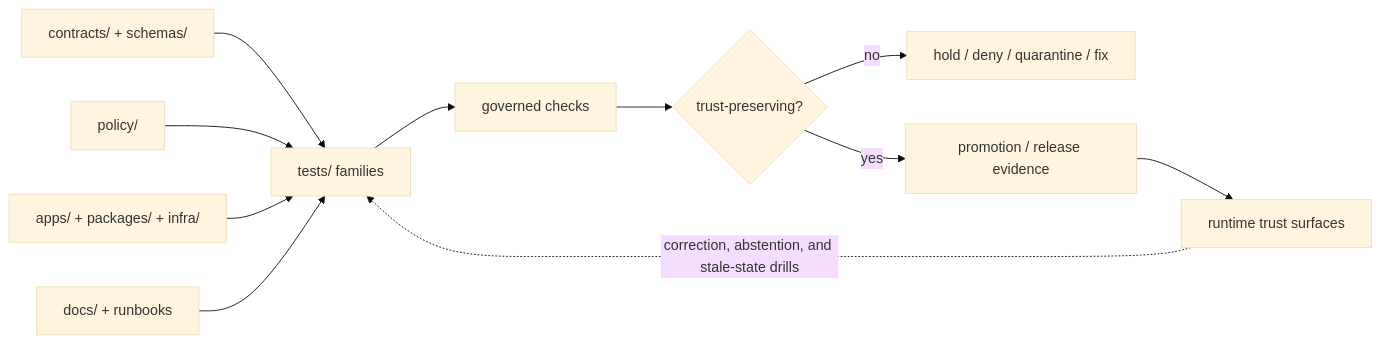
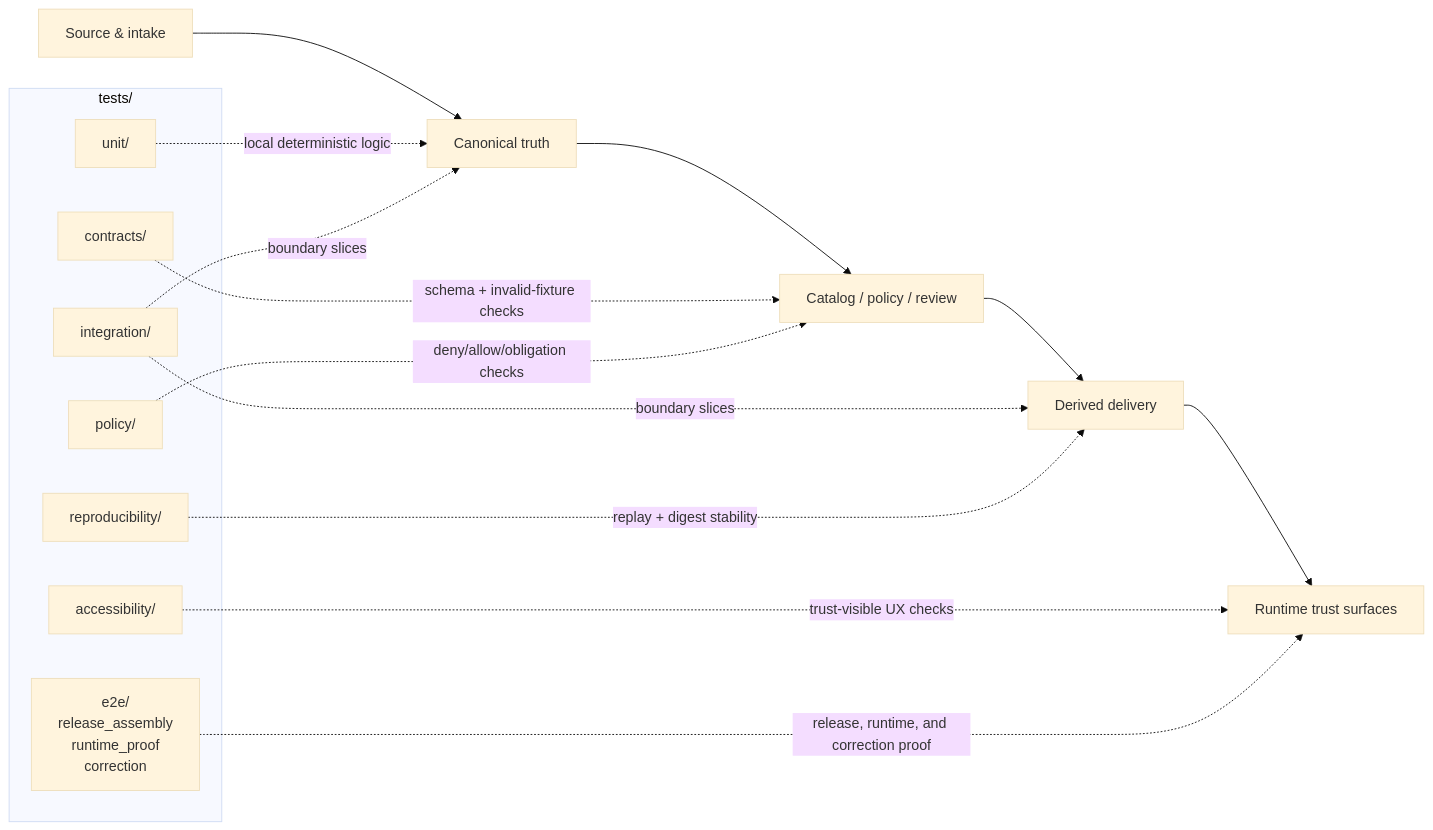
Before and after one commit to bartytime4life/Kansas-Frontier-Matrix: the diagram in tests/README.md, drawn with Mermaid (base theme). The commit also changed other lines of this file, not shown here.

First line of the commit message:
Revise tests README for clarity and updates

````diff
--- a/tests/README.md
+++ b/tests/README.md
@@ -251,16 +230,26 @@
 ```mermaid
 flowchart LR
-    C["contracts/ + schemas/"] --> T["tests/ families"]
-    P["policy/"] --> T
-    R["apps/ + packages/ + infra/"] --> T
-    D["docs/ + runbooks"] --> T
+    A["Source & intake"] --> B["Canonical truth"]
+    B --> C["Catalog / policy / review"]
+    C --> D["Derived delivery"]
+    D --> E["Runtime trust surfaces"]
 
-    T --> G["governed checks"]
-    G --> Q{"trust-preserving?"}
+    subgraph T["tests/"]
+      U["unit/"]
+      I["integration/"]
+      CT["contracts/"]
+      P["policy/"]
+      AX["accessibility/"]
+      R["reproducibility/"]
+      E2["e2e/\nrelease_assembly\nruntime_proof\ncorrection"]
+    end
 
-    Q -->|no| F["hold / deny / quarantine / fix"]
-    Q -->|yes| E["promotion / release evidence"]
-
-    E --> S["runtime trust surfaces"]
-    S -. correction, abstention, and stale-state drills .-> T
+    U -. local deterministic logic .-> B
+    I -. boundary slices .-> B
+    I -. boundary slices .-> D
+    CT -. schema + invalid-fixture checks .-> C
+    P -. deny/allow/obligation checks .-> C
+    AX -. trust-visible UX checks .-> E
+    R -. replay + digest stability .-> D
+    E2 -. release, runtime, and correction proof .-> E
 ```
````
